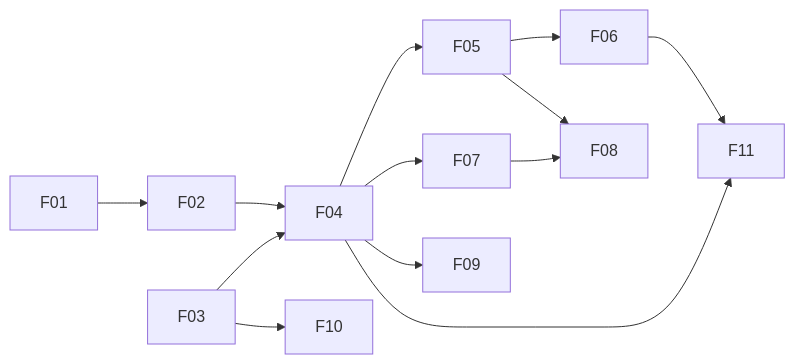
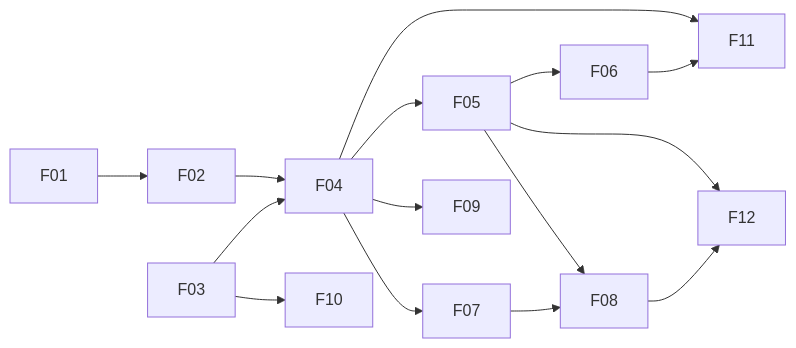
One commit to plusclouds/monitoring.server changed the diagram in docs/features/README.md. Above: the diagram before and after it, drawn with Mermaid. The commit also changed other lines of this file and 7 other files, not shown here.

````diff
--- a/docs/features/README.md
+++ b/docs/features/README.md
@@ -25,13 +26,15 @@
 ```mermaid
 flowchart LR
     F01 --> F02 --> F04
     F03 --> F04
     F03 --> F10
     F04 --> F05 --> F06
     F04 --> F07
     F05 --> F08
     F07 --> F08
     F04 --> F09
     F04 --> F11
     F06 --> F11
+    F05 --> F12
+    F08 --> F12
 ```
````
